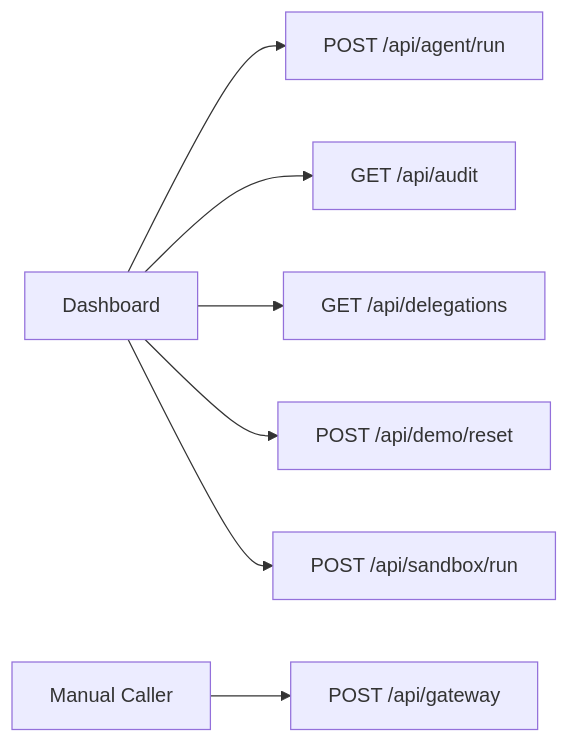
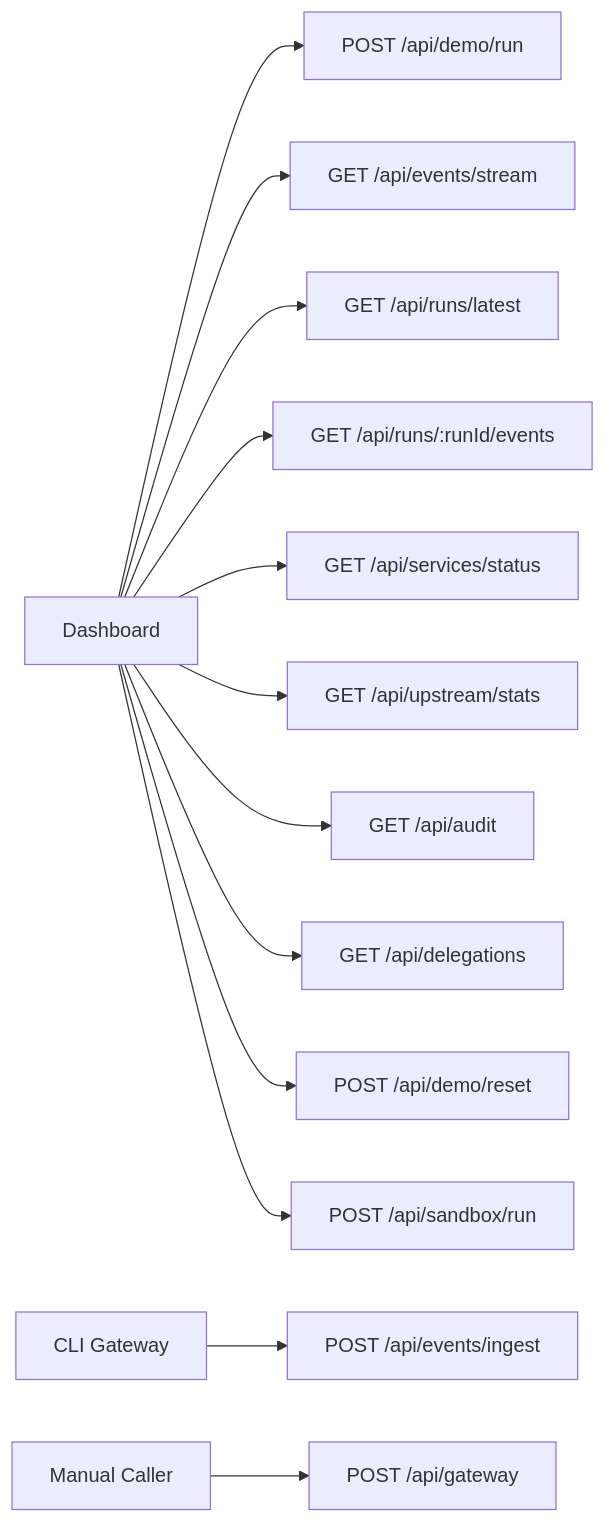
One commit to roshaninfordham/healthagentpassport changed the diagram in docs/api-reference.md. Above: the diagram before and after it, drawn with Mermaid. The commit also changed other lines of this file and 56 other files, not shown here.

Commit message:
Refactor demo into installable gateway product

````diff
--- a/docs/api-reference.md
+++ b/docs/api-reference.md
@@ -7,9 +7,15 @@
 ```mermaid
 flowchart LR
-  UI[Dashboard] --> AgentRun["POST /api/agent/run"]
+  UI[Dashboard] --> DemoRun["POST /api/demo/run"]
+  CliGateway[CLI Gateway] --> EventIngest["POST /api/events/ingest"]
+  UI --> EventStream["GET /api/events/stream"]
+  UI --> Latest["GET /api/runs/latest"]
+  UI --> RunEvents["GET /api/runs/:runId/events"]
+  UI --> Status["GET /api/services/status"]
+  UI --> UpstreamStats["GET /api/upstream/stats"]
   UI --> Audit["GET /api/audit"]
   UI --> Delegations["GET /api/delegations"]
   UI --> Reset["POST /api/demo/reset"]
   UI --> Sandbox["POST /api/sandbox/run"]
-  External[Manual Caller] --> Gateway["POST /api/gateway"]
+  External[Manual Caller] --> LegacyGateway["POST /api/gateway"]
 ```
````
